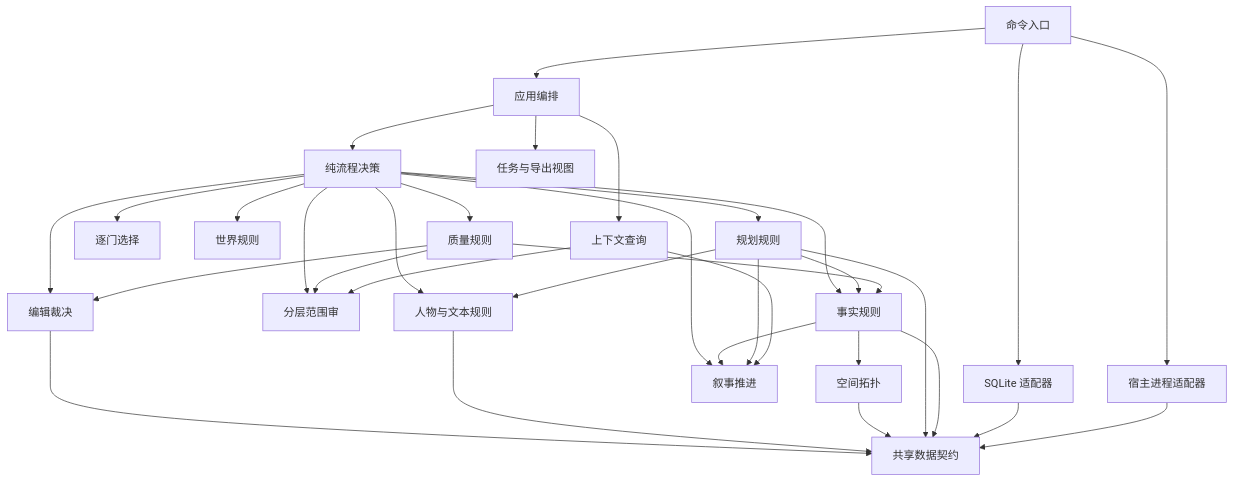
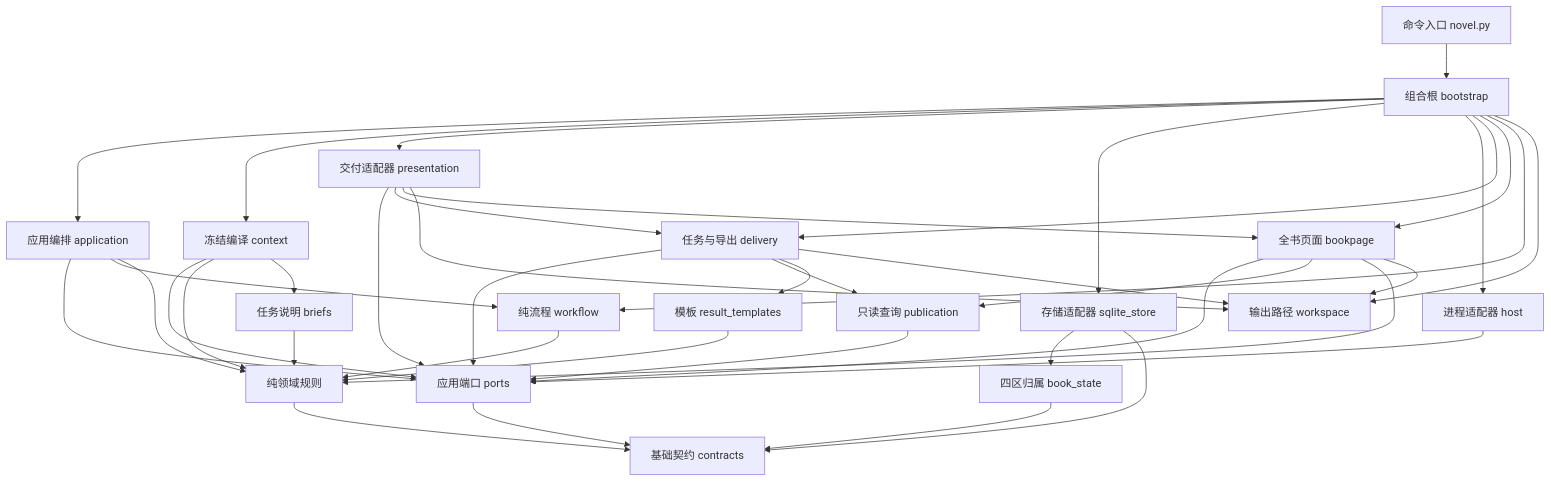
One commit to longwenid/novel-ledger changed the diagram in README.md. Above: the diagram before and after it, drawn with Mermaid. The commit also changed other lines of this file and 85 other files, not shown here.

First line of the commit message:
1.5.0 离线分支：叙事工作台、组合根与端口重构、schema novel-ledger/3

````diff
--- a/README.md
+++ b/README.md
@@ -29,35 +29,41 @@
 ```mermaid
 flowchart TD
-    CLI[命令入口] --> APP[应用编排]
-    CLI --> SQL[SQLite 适配器]
-    CLI --> HOST[宿主进程适配器]
-    APP --> WF[纯流程决策]
-    APP --> CTX[上下文查询]
-    APP --> VIEW[任务与导出视图]
-    WF --> OPEN[逐门选择]
-    WF --> WORLD[世界规则]
-    WF --> PLAN[规划规则]
-    WF --> QA[质量规则]
-    WF --> FACT[事实规则]
-    WF --> NAR[叙事推进]
-    WF --> SR[分层范围审]
-    WF --> ED[编辑裁决]
-    WF --> CF[人物与文本规则]
-    PLAN --> CF
-    QA --> ED
-    FACT --> SP[空间拓扑]
-    FACT --> NAR
-    PLAN --> NAR
-    QA --> SR
-    CTX --> NAR
-    CTX --> SR
-    PLAN --> FACT
-    QA --> FACT
-    ED --> C
-    CF --> C
-    SP --> C
-    PLAN --> C[共享数据契约]
-    FACT --> C
-    SQL --> C
-    HOST --> C
+    CLI[命令入口 novel.py] --> BOOT[组合根 bootstrap]
+    BOOT --> APP[应用编排 application]
+    BOOT --> CTX[冻结编译 context]
+    BOOT --> VIEW[交付适配器 presentation]
+    BOOT --> SQL[存储适配器 sqlite_store]
+    BOOT --> HOST[进程适配器 host]
+    BOOT --> DEL
+    BOOT --> PAGE
+    BOOT --> WF
+    BOOT --> WS[输出路径 workspace]
+    APP --> PORT[应用端口 ports]
+    APP --> WF[纯流程 workflow]
+    APP --> DOMAIN[纯领域规则]
+    CTX --> PORT
+    CTX --> DOMAIN
+    CTX --> BRIEF[任务说明 briefs]
+    BRIEF --> DOMAIN
+    WF --> DOMAIN
+    VIEW --> PORT
+    VIEW --> DEL[任务与导出 delivery]
+    VIEW --> PAGE[全书页面 bookpage]
+    VIEW --> WS
+    DEL --> PORT
+    DEL --> PUB[只读查询 publication]
+    DEL --> TPL[模板 result_templates]
+    DEL --> WS
+    PAGE --> PORT
+    PAGE --> PUB
+    PAGE --> DOMAIN
+    PAGE --> WS
+    TPL --> DOMAIN
+    PUB --> PORT
+    SQL --> BS[四区归属 book_state]
+    SQL --> C[基础契约 contracts]
+    HOST --> PORT
+    PORT --> C
+    BS --> C
+    DOMAIN --> C
 ```
````
